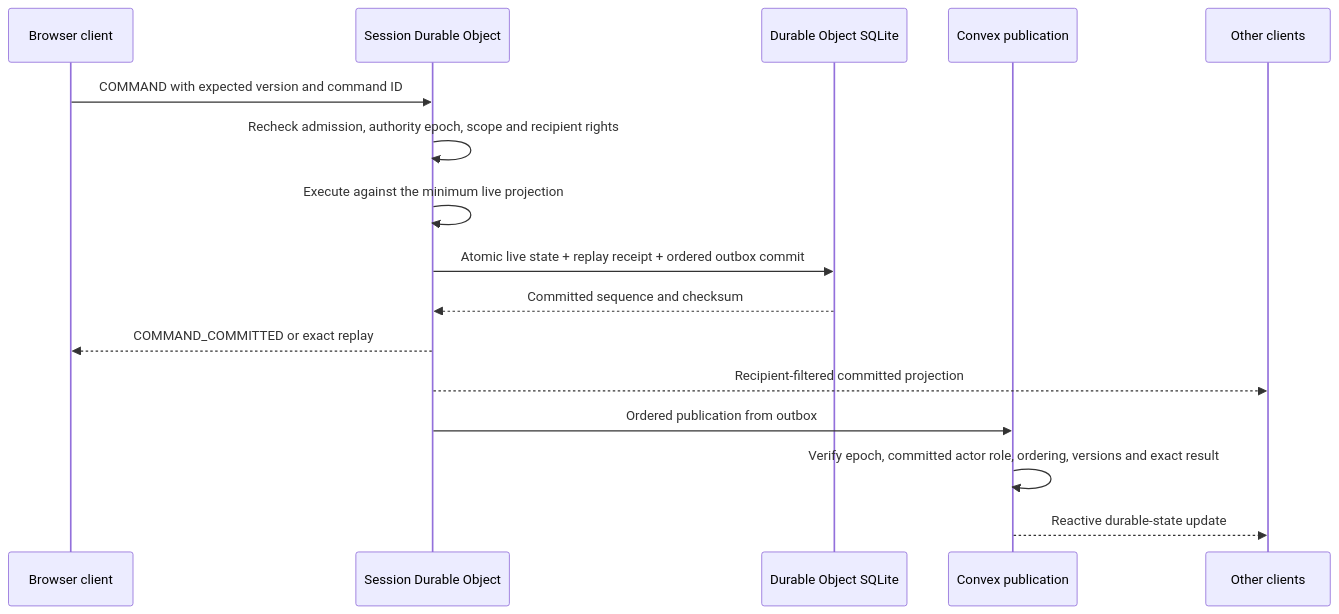
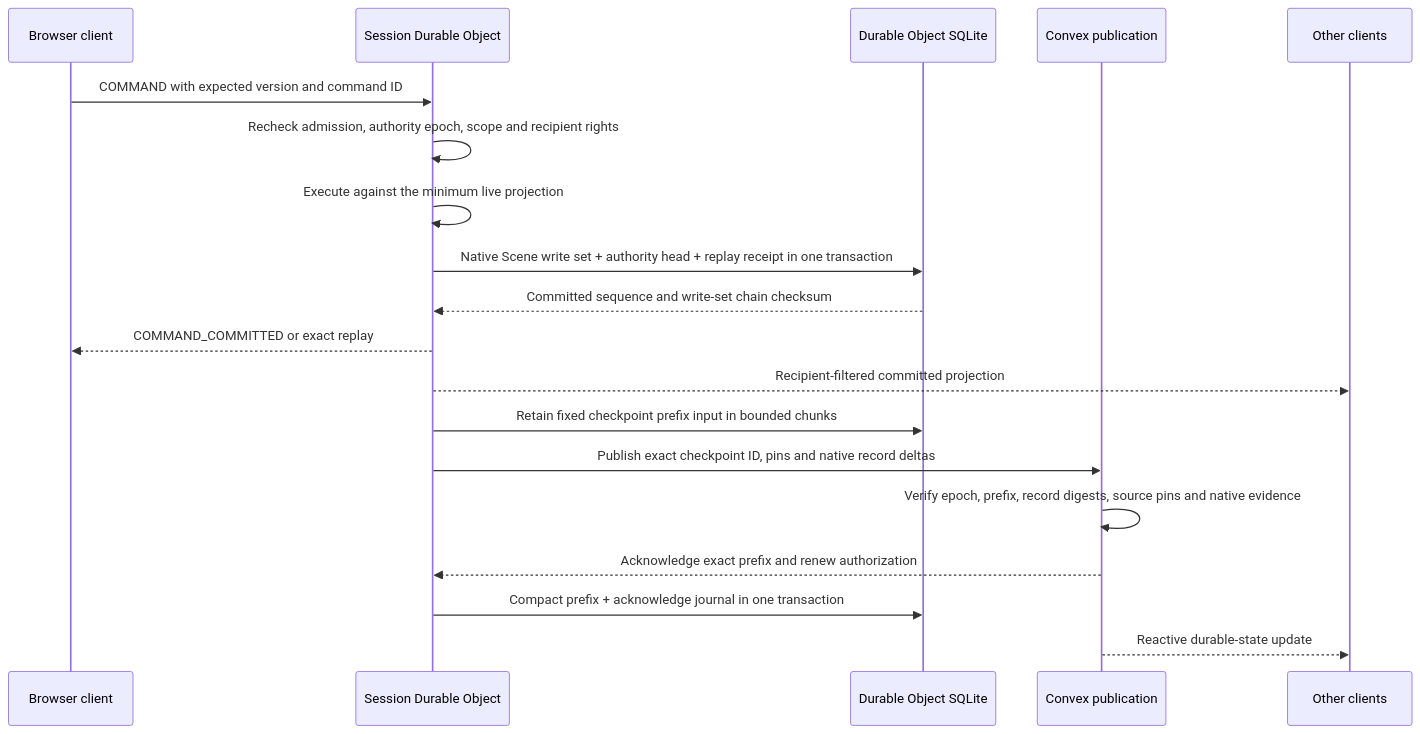
One commit to MPiland/artificer-toolkit changed the second of 3 diagrams in docs/architecture/live-sessions.md. Above: the diagram before and after it, drawn with Mermaid. The commit also changed other lines of this file and 699 other files, not shown here.

First line of the commit message:
WIP: checkpoint Codex source-first Phase 8.2 batch (unvalidated)

````diff
--- a/docs/architecture/live-sessions.md
+++ b/docs/architecture/live-sessions.md
@@ -766,19 +812,22 @@
 ```mermaid
 sequenceDiagram
   participant Client as Browser client
   participant Room as Session Durable Object
   participant SQLite as Durable Object SQLite
   participant Convex as Convex publication
   participant Peers as Other clients
 
   Client->>Room: COMMAND with expected version and command ID
   Room->>Room: Recheck admission, authority epoch, scope and recipient rights
   Room->>Room: Execute against the minimum live projection
-  Room->>SQLite: Atomic live state + replay receipt + ordered outbox commit
-  SQLite-->>Room: Committed sequence and checksum
+  Room->>SQLite: Native Scene write set + authority head + replay receipt in one transaction
+  SQLite-->>Room: Committed sequence and write-set chain checksum
   Room-->>Client: COMMAND_COMMITTED or exact replay
   Room-->>Peers: Recipient-filtered committed projection
-  Room->>Convex: Ordered publication from outbox
-  Convex->>Convex: Verify epoch, committed actor role, ordering, versions and exact result
+  Room->>SQLite: Retain fixed checkpoint prefix input in bounded chunks
+  Room->>Convex: Publish exact checkpoint ID, pins and native record deltas
+  Convex->>Convex: Verify epoch, prefix, record digests, source pins and native evidence
+  Convex-->>Room: Acknowledge exact prefix and renew authorization
+  Room->>SQLite: Compact prefix + acknowledge journal in one transaction
   Convex-->>Peers: Reactive durable-state update
 ```
````
